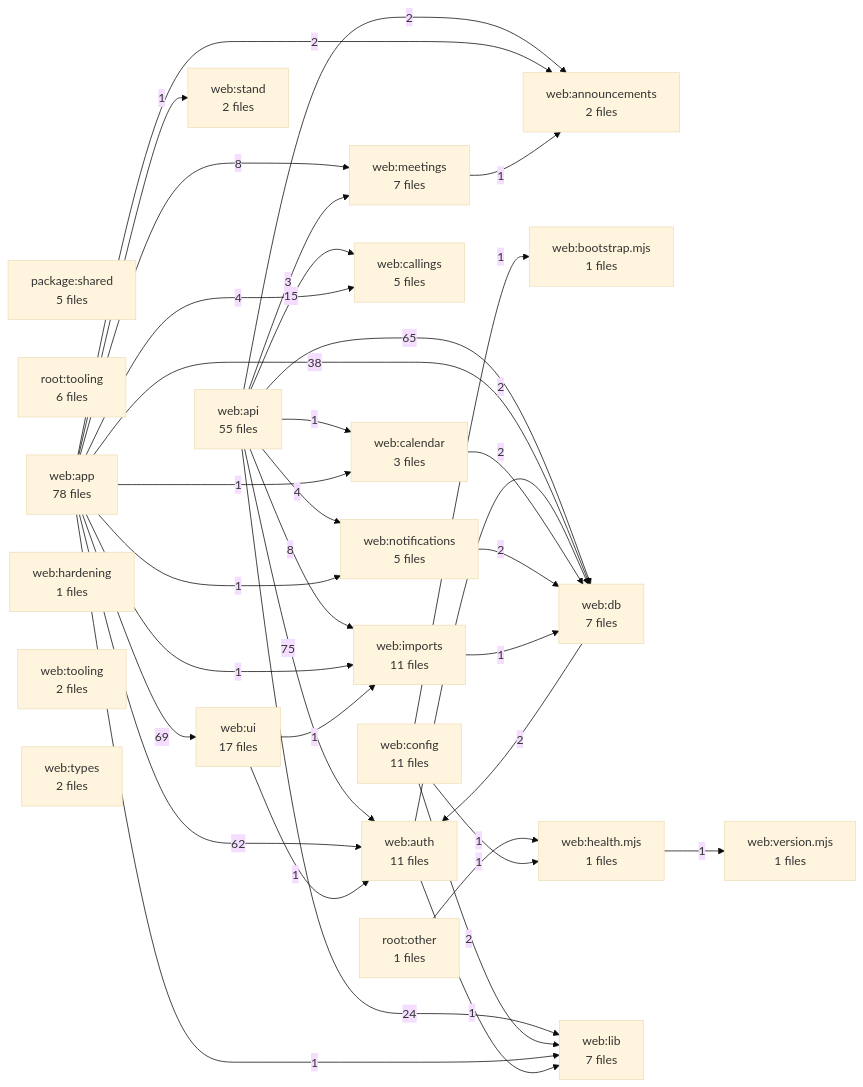
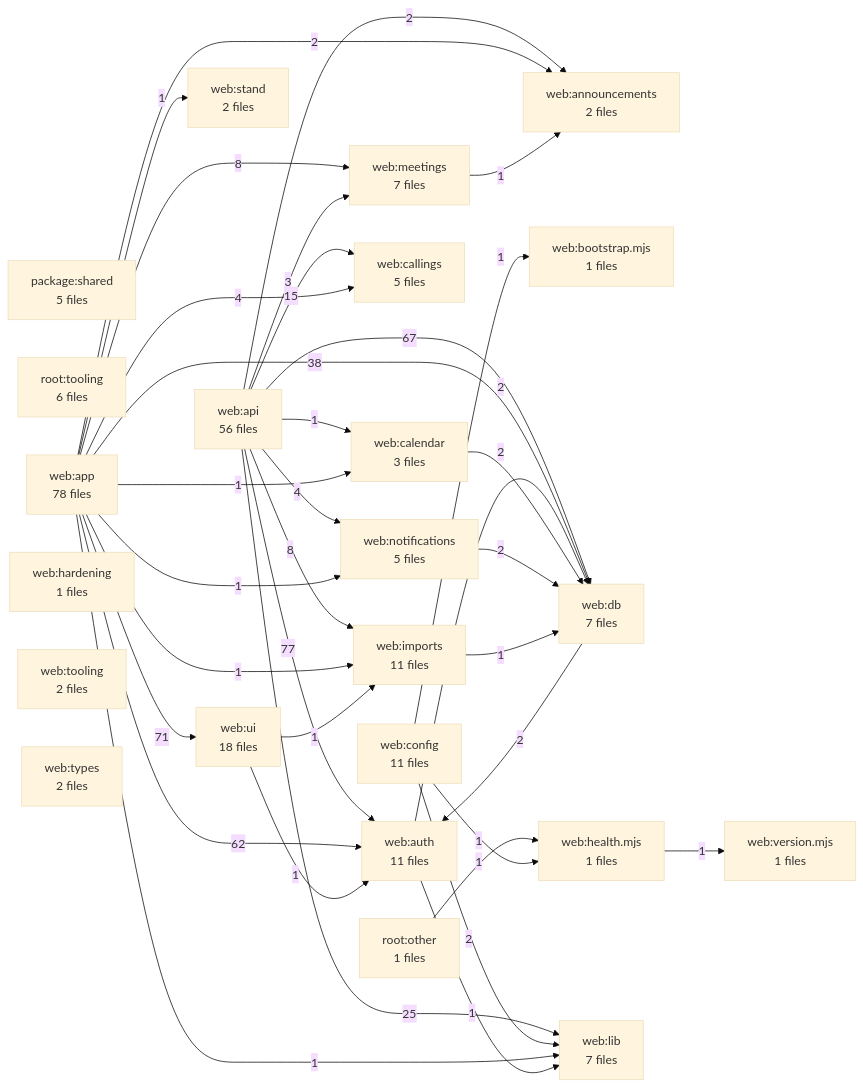
One commit to kalebhall/the-stand changed the diagram in docs/DEPENDENCY_GRAPH.md. Above: the diagram before and after it, drawn with Mermaid (base theme). The commit also changed other lines of this file and 4 other files, not shown here.

````diff
--- a/docs/DEPENDENCY_GRAPH.md
+++ b/docs/DEPENDENCY_GRAPH.md
@@ -11,60 +11,60 @@
 ```mermaid
 flowchart LR
   A1["package:shared<br/>5 files"]
   A2["root:other<br/>1 files"]
   A3["root:tooling<br/>6 files"]
   A4["web:announcements<br/>2 files"]
-  A5["web:api<br/>55 files"]
+  A5["web:api<br/>56 files"]
   A6["web:app<br/>78 files"]
   A7["web:auth<br/>11 files"]
   A8["web:bootstrap.mjs<br/>1 files"]
   A9["web:calendar<br/>3 files"]
   A10["web:callings<br/>5 files"]
   A11["web:config<br/>11 files"]
   A12["web:db<br/>7 files"]
   A13["web:hardening<br/>1 files"]
   A14["web:health.mjs<br/>1 files"]
   A15["web:imports<br/>11 files"]
   A16["web:lib<br/>7 files"]
   A17["web:meetings<br/>7 files"]
   A18["web:notifications<br/>5 files"]
   A19["web:stand<br/>2 files"]
   A20["web:tooling<br/>2 files"]
   A21["web:types<br/>2 files"]
-  A22["web:ui<br/>17 files"]
+  A22["web:ui<br/>18 files"]
   A23["web:version.mjs<br/>1 files"]
-  A5 -->|75| A7
-  A6 -->|69| A22
-  A5 -->|65| A12
+  A5 -->|77| A7
+  A6 -->|71| A22
+  A5 -->|67| A12
   A6 -->|62| A7
   A6 -->|38| A12
-  A5 -->|24| A16
+  A5 -->|25| A16
   A5 -->|15| A10
   A5 -->|8| A15
   A6 -->|8| A17
   A5 -->|4| A18
   A6 -->|4| A10
   A5 -->|3| A17
   A5 -->|2| A4
   A6 -->|2| A4
   A7 -->|2| A12
   A9 -->|2| A12
   A11 -->|2| A16
   A12 -->|2| A7
   A18 -->|2| A12
   A2 -->|1| A14
   A5 -->|1| A9
   A6 -->|1| A9
   A6 -->|1| A15
   A6 -->|1| A16
   A6 -->|1| A18
   A6 -->|1| A19
   A7 -->|1| A16
   A11 -->|1| A8
   A11 -->|1| A14
   A14 -->|1| A23
   A15 -->|1| A12
   A17 -->|1| A4
   A22 -->|1| A7
   A22 -->|1| A15
 ```
````
